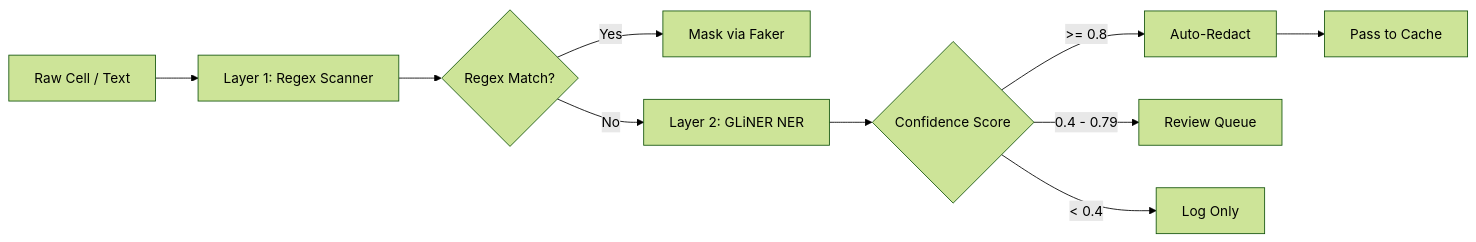
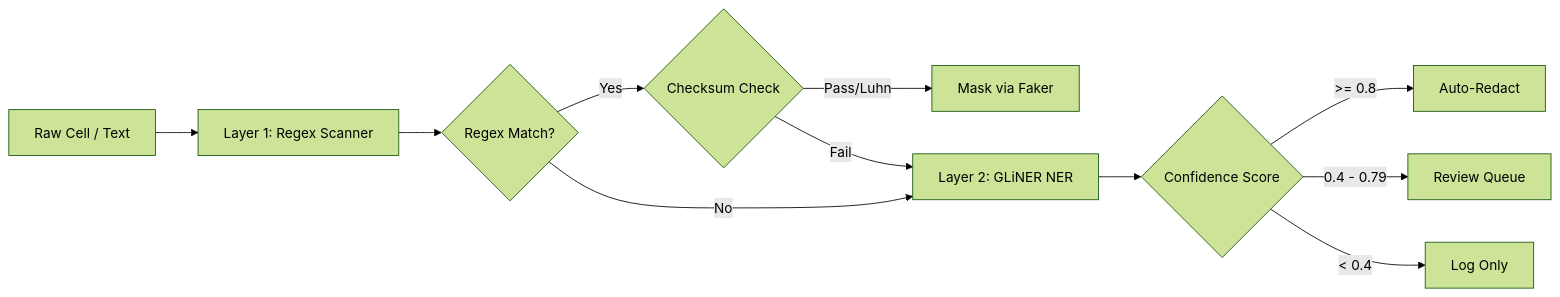
One commit to shubham0915/project_getHired changed the second of 4 diagrams in README.md. Above: the diagram before and after it, drawn with Mermaid (forest theme). The commit also changed other lines of this file, not shown here.

Commit message:
docs: Comprehensive README cleanup and architectural alignment

````diff
--- a/README.md
+++ b/README.md
@@ -72,13 +72,13 @@
 ```mermaid
 flowchart LR
     A[Raw Cell / Text] --> B[Layer 1: Regex Scanner]
     B --> C{Regex Match?}
-    C -->|Yes| D[Mask via Faker]
-    C -->|No| E[Layer 2: GLiNER NER]
-    E --> F{Confidence Score}
-    F -->|>= 0.8| G[Auto-Redact]
-    F -->|0.4 - 0.79| H[Review Queue]
-    F -->|< 0.4| I[Log Only]
-    
-    G --> J[Pass to Cache]
+    C -->|Yes| D{Checksum Check}
+    D -->|Pass/Luhn| E[Mask via Faker]
+    D -->|Fail| F[Layer 2: GLiNER NER]
+    C -->|No| F
+    F --> G{Confidence Score}
+    G -->|>= 0.8| H[Auto-Redact]
+    G -->|0.4 - 0.79| I[Review Queue]
+    G -->|< 0.4| J[Log Only]
 ```
````
